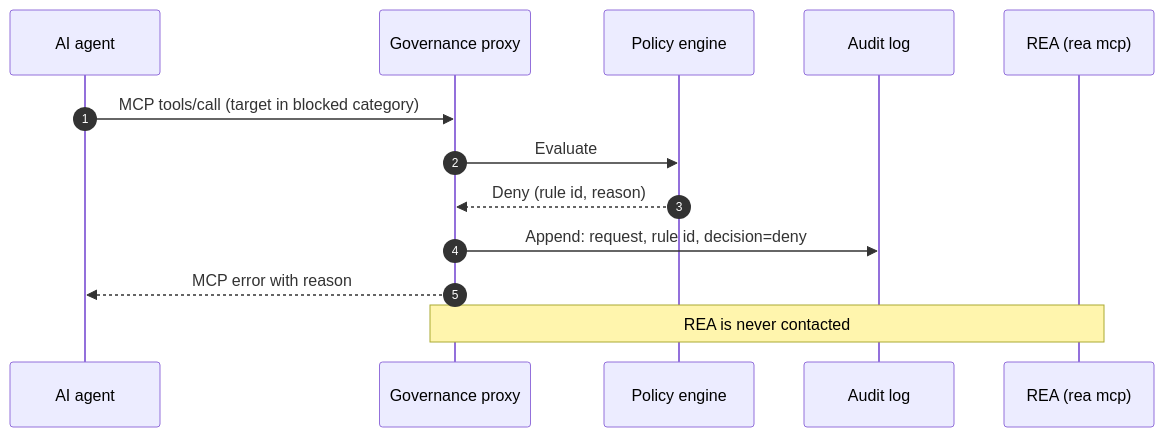
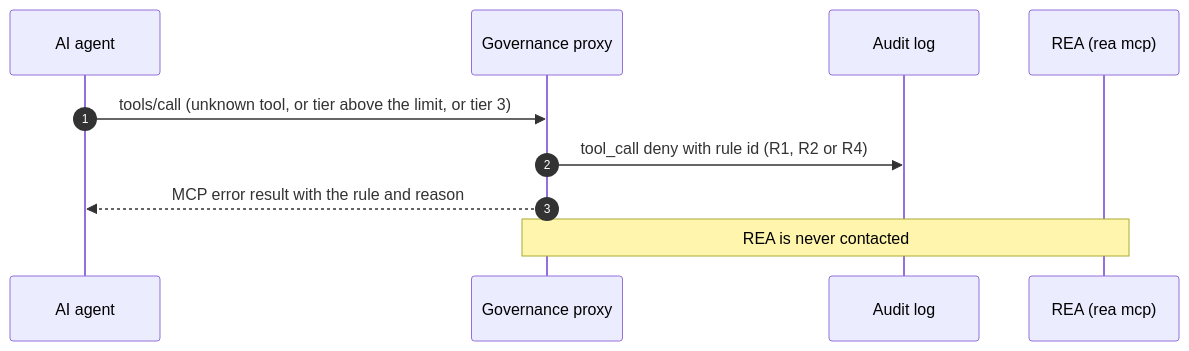
One commit to nezuko-afk/sprintailab changed the fourth of 5 diagrams in docs/sequence/analysis-request.md. Above: the diagram before and after it, drawn with Mermaid. The commit also changed other lines of this file and 28 other files, not shown here.

````diff
--- a/docs/sequence/analysis-request.md
+++ b/docs/sequence/analysis-request.md
@@ -36,16 +76,13 @@
 ```mermaid
 sequenceDiagram
     autonumber
     participant A as AI agent
     participant G as Governance proxy
-    participant P as Policy engine
     participant L as Audit log
     participant R as REA (rea mcp)
 
-    A->>G: MCP tools/call (target in blocked category)
-    G->>P: Evaluate
-    P-->>G: Deny (rule id, reason)
-    G->>L: Append: request, rule id, decision=deny
-    G-->>A: MCP error with reason
+    A->>G: tools/call (unknown tool, or tier above the limit, or tier 3)
+    G->>L: tool_call deny with rule id (R1, R2 or R4)
+    G-->>A: MCP error result with the rule and reason
     Note over G,R: REA is never contacted
 ```
````
